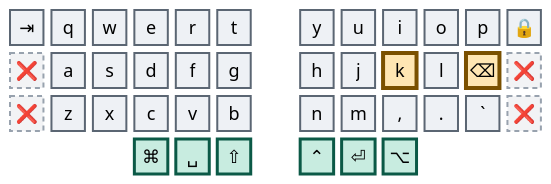
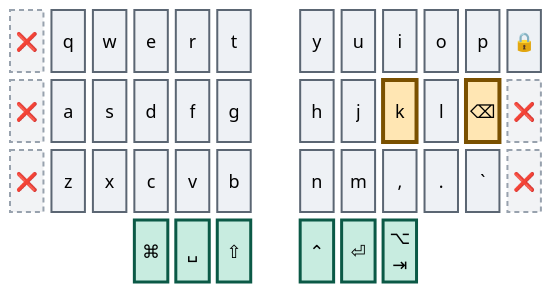
Before and after one commit to abloch/zmk-corne: diagram 15 of 41 in combos.md, drawn with Mermaid. The commit also changed other lines of this file and 5 other files, not shown here.

````diff
--- a/combos.md
+++ b/combos.md
@@ -399,21 +399,21 @@
 ```mermaid
 %%{init: {'theme':'base','themeVariables':{'primaryColor':'#eef1f5','primaryTextColor':'#0b0f14','primaryBorderColor':'#5b6673','nodeTextColor':'#0b0f14','textColor':'#0b0f14','mainBkg':'#eef1f5','fontSize':'18px'}}}%%
 block
 columns 13
 
-  tab["⇥"] q w e r t space y u i o p lock["🔒"]
+  tab["❌"] q w e r t space y u i o p lock["🔒"]
   x4["❌"] a s d f g space h j k l bspc["⌫"] x1["❌"]
   x2["❌"] z x c v b space n m cma[","] dot["."] grv[" `"] x3["❌"]
-  space:3 cmd["⌘"] spc["␣"] sft["⇧"] space ctl["⌃"] ent["⏎"] alt["⌥"] space:3
+  space:3 cmd["⌘"] spc["␣"] sft["⇧"] space ctl["⌃"] ent["⏎"] alt["⌥<br/>⇥"] space:3
 
   classDef anchor fill:#bfe6f0,stroke:#0a4f63,stroke-width:4px,color:#04222b
   classDef trig fill:#ffe6b3,stroke:#7a5000,stroke-width:4px,color:#2e1e00
   classDef core fill:#eef1f5,stroke:#5b6673,stroke-width:2px,color:#0b0f14
   classDef thumb fill:#c8ece0,stroke:#0b5946,stroke-width:3px,color:#06241c
   classDef dead fill:#f2f3f5,stroke:#98a2ae,stroke-width:2px,stroke-dasharray:5 4,color:#5b6673
 
   class k,bspc trig
-  class tab,q,w,e,r,t,y,u,i,o,p,lock,a,s,d,f,g,h,j,l,z,x,c,v,b,n,m,cma,dot,grv core
+  class q,w,e,r,t,y,u,i,o,p,lock,a,s,d,f,g,h,j,l,z,x,c,v,b,n,m,cma,dot,grv core
   class cmd,spc,sft,ctl,ent,alt thumb
-  class x1,x2,x3,x4 dead
+  class tab,x1,x2,x3,x4 dead
 ```
````
